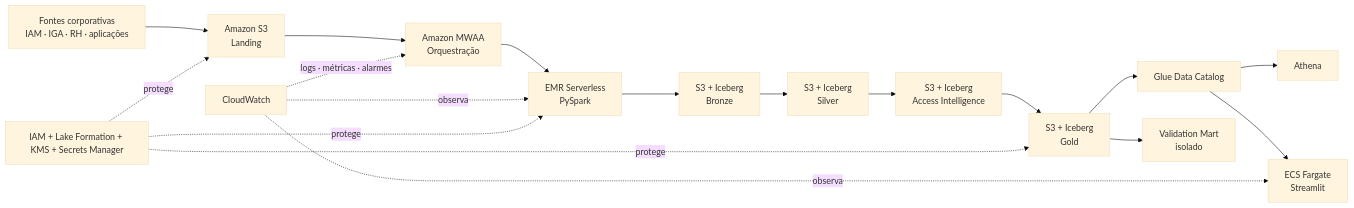
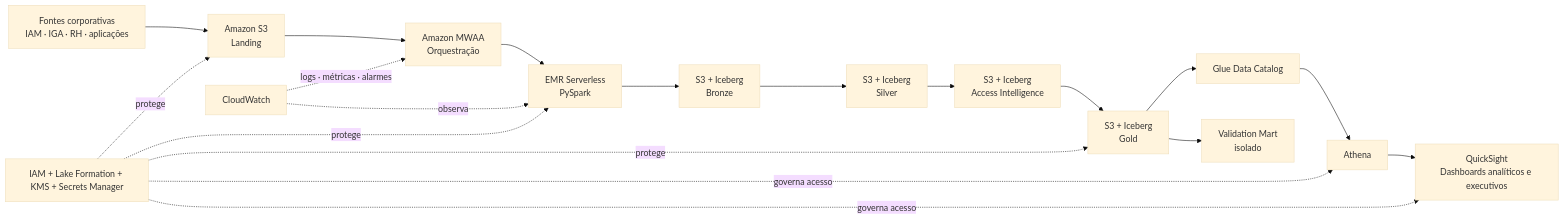
Before and after one commit to Lal3x/SoD-Plataform: the first of 3 diagrams in docs/arquitetura/aws.md, drawn with Mermaid (base theme). The commit also changed other lines of this file, not shown here.

Commit message:
docs: adotar QuickSight na arquitetura AWS

````diff
--- a/docs/arquitetura/aws.md
+++ b/docs/arquitetura/aws.md
@@ -52,23 +53,24 @@
 ```mermaid
 flowchart LR
     A["Fontes corporativas<br/>IAM · IGA · RH · aplicações"] --> B["Amazon S3<br/>Landing"]
     B --> C["Amazon MWAA<br/>Orquestração"]
     C --> D["EMR Serverless<br/>PySpark"]
 
     D --> E["S3 + Iceberg<br/>Bronze"]
     E --> F["S3 + Iceberg<br/>Silver"]
     F --> G["S3 + Iceberg<br/>Access Intelligence"]
     G --> H["S3 + Iceberg<br/>Gold"]
 
     H --> I["Glue Data Catalog"]
     I --> J["Athena"]
-    I --> K["ECS Fargate<br/>Streamlit"]
+    J --> K["QuickSight<br/>Dashboards analíticos e executivos"]
     H --> L["Validation Mart<br/>isolado"]
 
     M["CloudWatch"] -. logs · métricas · alarmes .-> C
     M -. observa .-> D
-    M -. observa .-> K
     N["IAM + Lake Formation + KMS + Secrets Manager"] -. protege .-> B
     N -. protege .-> D
     N -. protege .-> H
+    N -. governa acesso .-> J
+    N -. governa acesso .-> K
 ```
````
